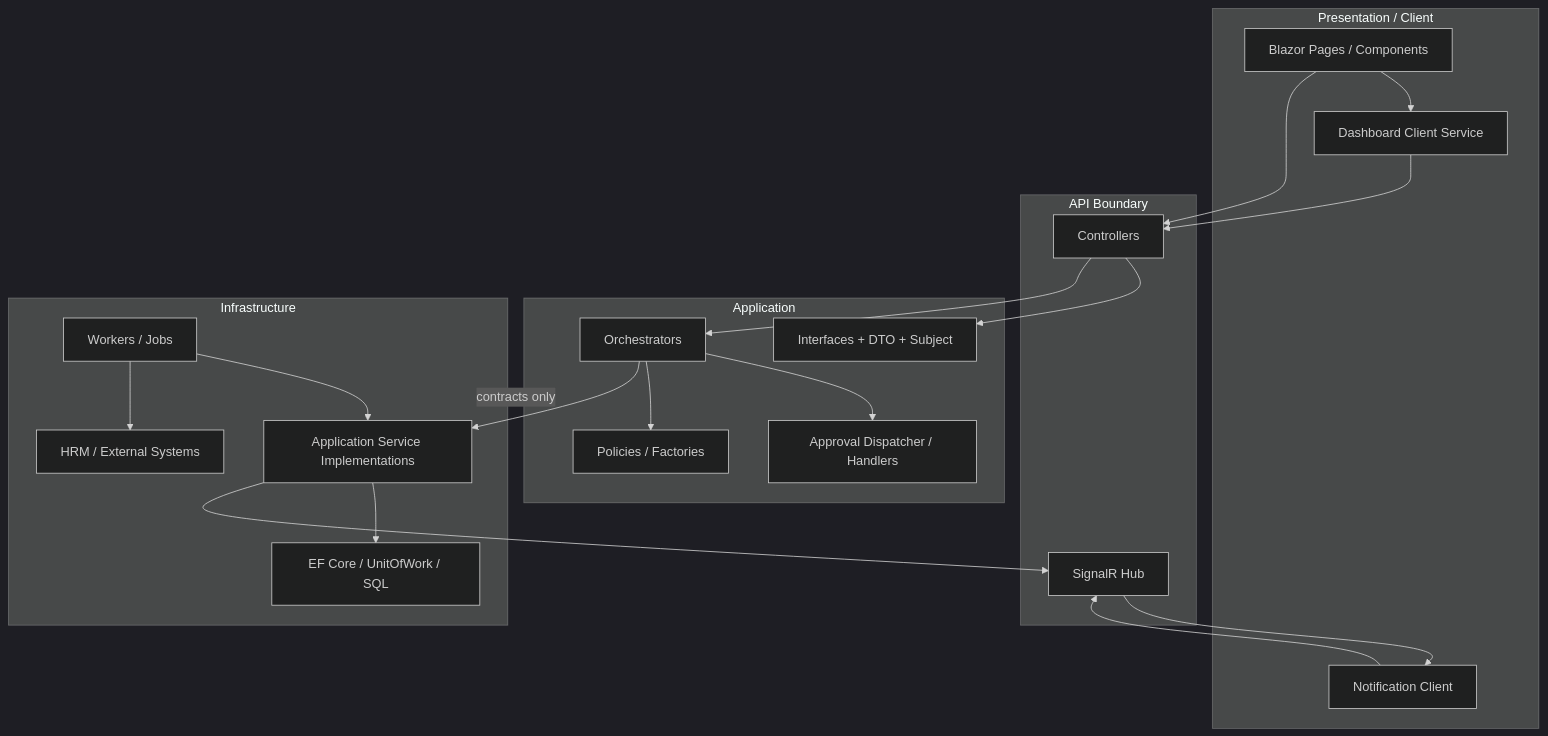
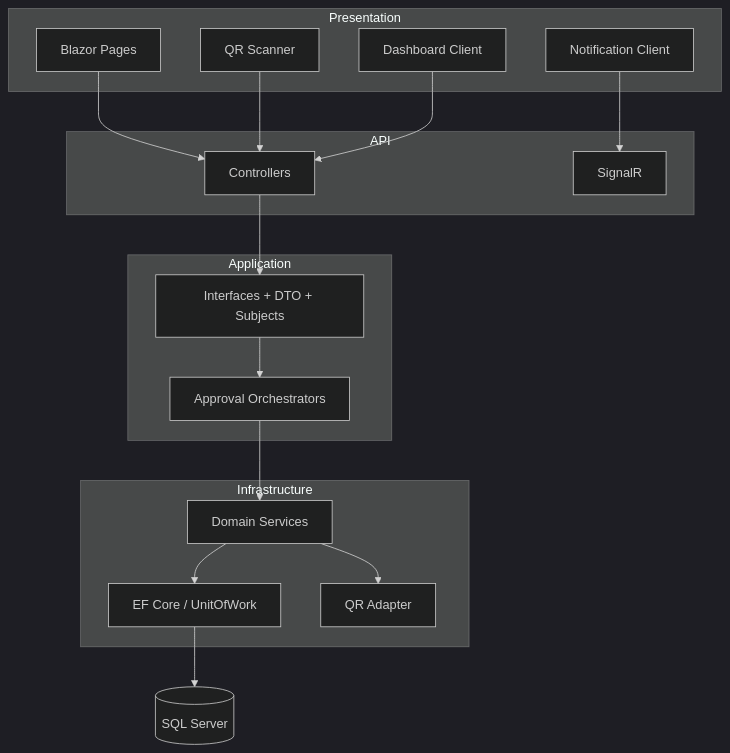
The second of 4 diagrams in MÔ HÌNH/00_INDEX.md (Nang0559/Reggister), drawn with Mermaid (dark theme) before and after one commit. The commit also changed other lines of this file, not shown here.

Commit message:
docs: add equipment module to architecture index

````diff
--- a/MÔ HÌNH/00_INDEX.md
+++ b/MÔ HÌNH/00_INDEX.md
@@ -48,44 +26,33 @@
 ```mermaid
 flowchart TB
-    subgraph Client[Presentation / Client]
-        UI[Blazor Pages / Components]
-        NS[Notification Client]
-        DS[Dashboard Client Service]
-    end
-
-    subgraph API[API Boundary]
-        CTRL[Controllers]
-        HUB[SignalR Hub]
-    end
-
-    subgraph APP[Application]
-        ORC[Orchestrators]
-        DISP[Approval Dispatcher / Handlers]
-        POL[Policies / Factories]
-        CONTRACT[Interfaces + DTO + Subject]
-    end
-
-    subgraph INFRA[Infrastructure]
-        SVC[Application Service Implementations]
-        JOB[Workers / Jobs]
-        EF[EF Core / UnitOfWork / SQL]
-        EXT[HRM / External Systems]
-    end
-
-    UI --> DS
-    UI --> CTRL
-    NS --> HUB
-    DS --> CTRL
-    CTRL --> CONTRACT
-    CTRL --> ORC
-    ORC --> DISP
-    ORC --> POL
-    ORC --> SVC
-    SVC --> EF
-    JOB --> SVC
-    JOB --> EXT
-    SVC --> HUB
-    HUB --> NS
-
-    APP -.->|contracts only| INFRA
+ subgraph Client[Presentation]
+  UI[Blazor Pages]
+  QR[QR Scanner]
+  DS[Dashboard Client]
+  NS[Notification Client]
+ end
+ subgraph API[API]
+  CTRL[Controllers]
+  HUB[SignalR]
+ end
+ subgraph APP[Application]
+  ORC[Approval Orchestrators]
+  CONTRACT[Interfaces + DTO + Subjects]
+ end
+ subgraph INFRA[Infrastructure]
+  SVC[Domain Services]
+  EF[EF Core / UnitOfWork]
+  QRGEN[QR Adapter]
+ end
+ DB[(SQL Server)]
+ UI --> CTRL
+ QR --> CTRL
+ DS --> CTRL
+ NS --> HUB
+ CTRL --> CONTRACT
+ CONTRACT --> ORC
+ ORC --> SVC
+ SVC --> EF
+ SVC --> QRGEN
+ EF --> DB
 ```
````
